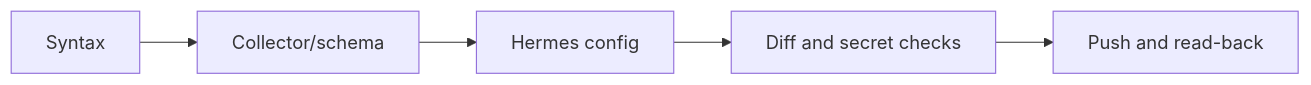
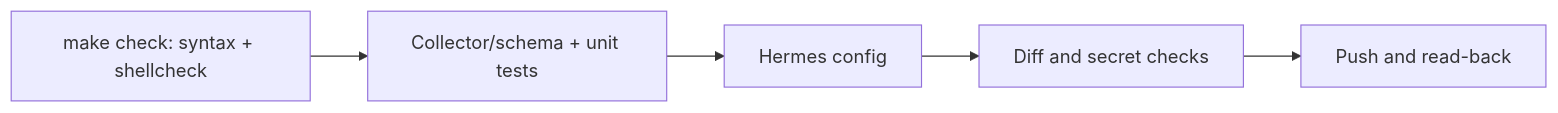
One commit to ahliweb/linux-mint-xfce-rescue-ai changed the fifth of 7 diagrams in AGENTS.md. Above: the diagram before and after it, drawn with Mermaid. The commit also changed other lines of this file and 8 other files, not shown here.

````diff
--- a/AGENTS.md
+++ b/AGENTS.md
@@ -64,7 +66,7 @@
 ```mermaid
 flowchart LR
-    S[Syntax] --> C[Collector/schema]
+    S[make check: syntax + shellcheck] --> C[Collector/schema + unit tests]
     C --> H[Hermes config]
     H --> D[Diff and secret checks]
     D --> P[Push and read-back]
 ```
````
